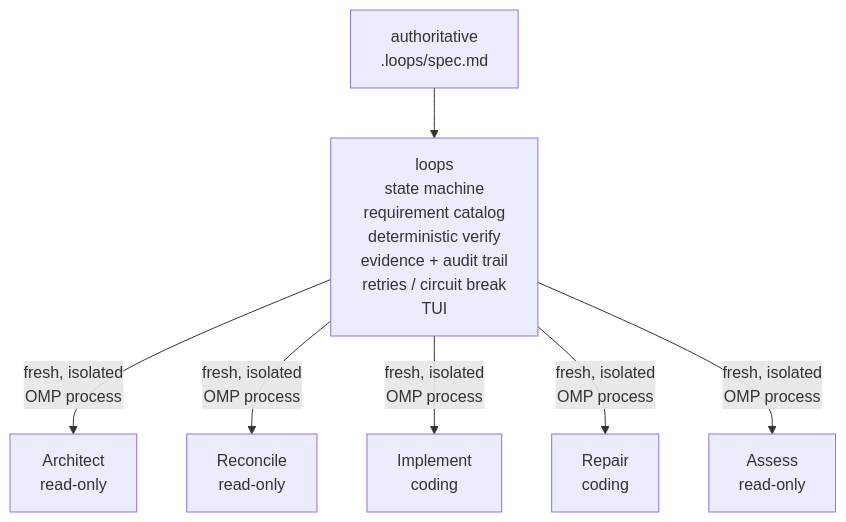
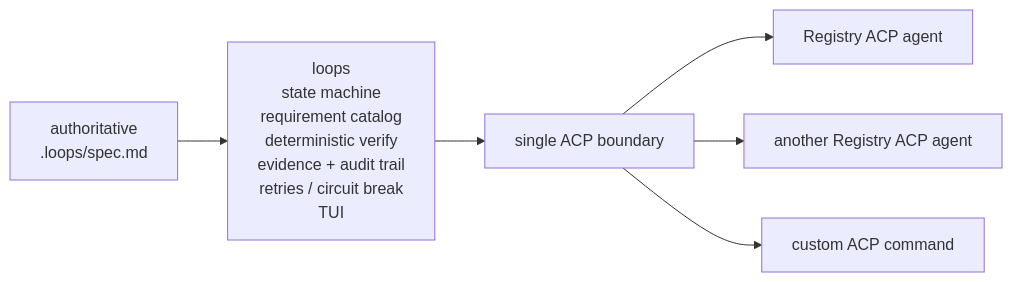
The diagram in README.md (flaviodelgrosso/tenet), drawn with Mermaid before and after one commit. The commit also changed other lines of this file and 45 other files, not shown here.

````diff
--- a/README.md
+++ b/README.md
@@ -82,34 +81,17 @@
 ```mermaid
-flowchart TD
+flowchart LR
     A["`authoritative
-.loops/spec.md`"]
-
-    A --> B["`loops
+.loops/spec.md`"] --> B["`loops
 
 state machine
 requirement catalog
 deterministic verify
 evidence + audit trail
 retries / circuit break
 TUI`"]
 
-    B -- "`fresh, isolated
-OMP process`" --> C1["`Architect
-read-only`"]
-
-    B -- "`fresh, isolated
-OMP process`" --> C2["`Reconcile
-read-only`"]
-
-    B -- "`fresh, isolated
-OMP process`" --> C3["`Implement
-coding`"]
-
-    B -- "`fresh, isolated
-OMP process`" --> C4["`Repair
-coding`"]
-
-    B -- "`fresh, isolated
-OMP process`" --> C5["`Assess
-read-only`"]
+    B --> C["`single ACP boundary`"]
+    C --> D1["`Registry ACP agent`"]
+    C --> D2["`another Registry ACP agent`"]
+    C --> D3["`custom ACP command`"]
 ```
````
